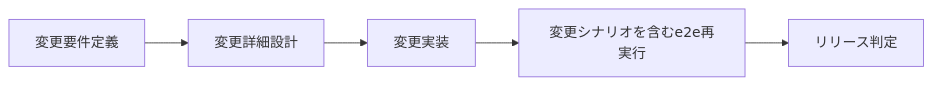
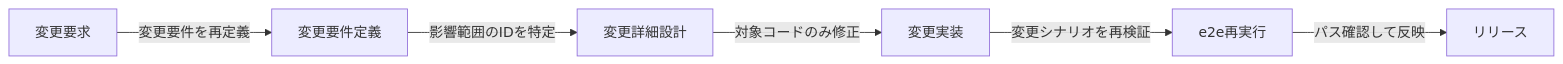
One commit to notfolder/qiita_article changed the second of 4 diagrams in article_isdd_dialog_spec_dev.md. Above: the diagram before and after it, drawn with Mermaid. The commit also changed other lines of this file and 3 other files, not shown here.

````diff
--- a/article_isdd_dialog_spec_dev.md
+++ b/article_isdd_dialog_spec_dev.md
@@ -83,7 +69,8 @@
 ```mermaid
 flowchart LR
-    CRQ[変更要件定義] --> CDS[変更詳細設計]
-    CDS --> PATCH[変更実装]
-    PATCH --> RE2E[変更シナリオを含むe2e再実行]
-    RE2E --> RELEASE[リリース判定]
+    A[変更要求] -- 変更要件を再定義 --> B[変更要件定義]
+    B -- 影響範囲のIDを特定 --> C[変更詳細設計]
+    C -- 対象コードのみ修正 --> D[変更実装]
+    D -- 変更シナリオを再検証 --> E[e2e再実行]
+    E -- パス確認して反映 --> F[リリース]
 ```
````
